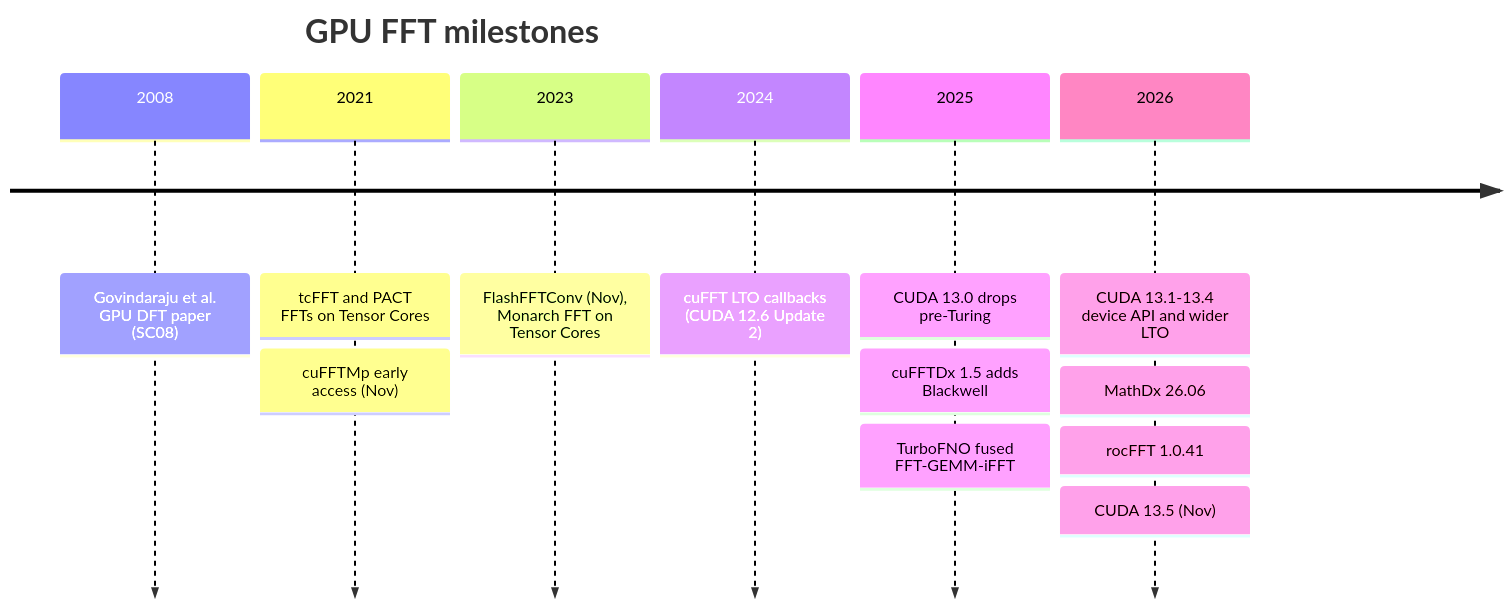
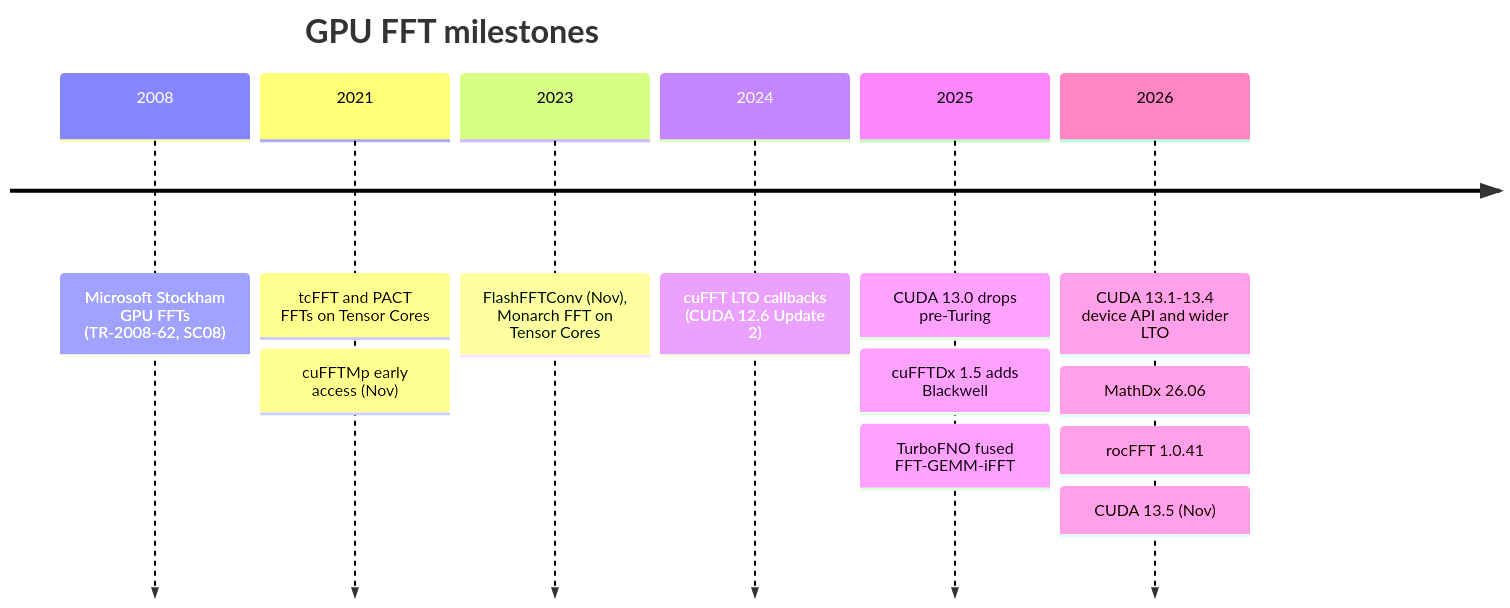
One commit to ImRuliad/Library-of-Alexandria changed the first of 2 diagrams in GPU Programming/Libraries/FFT on GPUs/FFT on GPUs.md. Above: the diagram before and after it, drawn with Mermaid. The commit also changed other lines of this file, not shown here.

````diff
--- a/GPU Programming/Libraries/FFT on GPUs/FFT on GPUs.md
+++ b/GPU Programming/Libraries/FFT on GPUs/FFT on GPUs.md
@@ -161,10 +163,10 @@
 ```mermaid
 timeline
     title GPU FFT milestones
-    2008 : Govindaraju et al. GPU DFT paper (SC08)
+    2008 : Microsoft Stockham GPU FFTs (TR-2008-62, SC08)
     2021 : tcFFT and PACT FFTs on Tensor Cores : cuFFTMp early access (Nov)
     2023 : FlashFFTConv (Nov), Monarch FFT on Tensor Cores
     2024 : cuFFT LTO callbacks (CUDA 12.6 Update 2)
     2025 : CUDA 13.0 drops pre-Turing : cuFFTDx 1.5 adds Blackwell : TurboFNO fused FFT-GEMM-iFFT
     2026 : CUDA 13.1-13.4 device API and wider LTO : MathDx 26.06 : rocFFT 1.0.41 : CUDA 13.5 (Nov)
 ```
````
